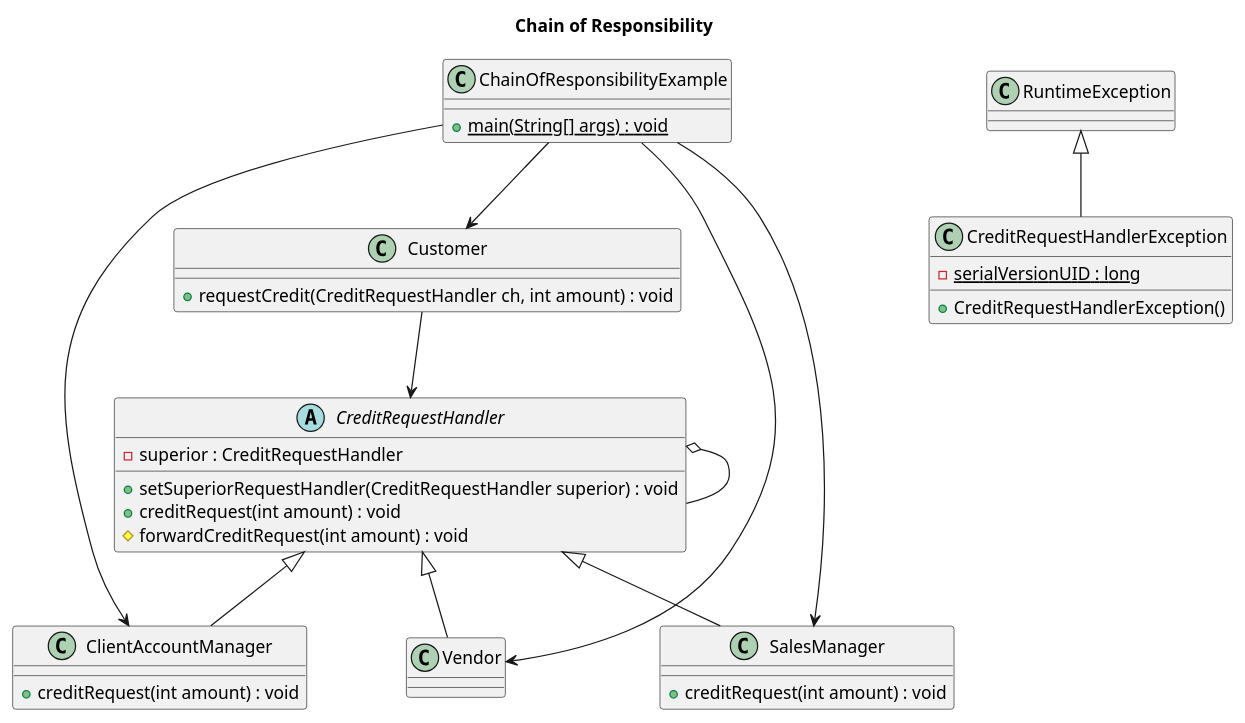
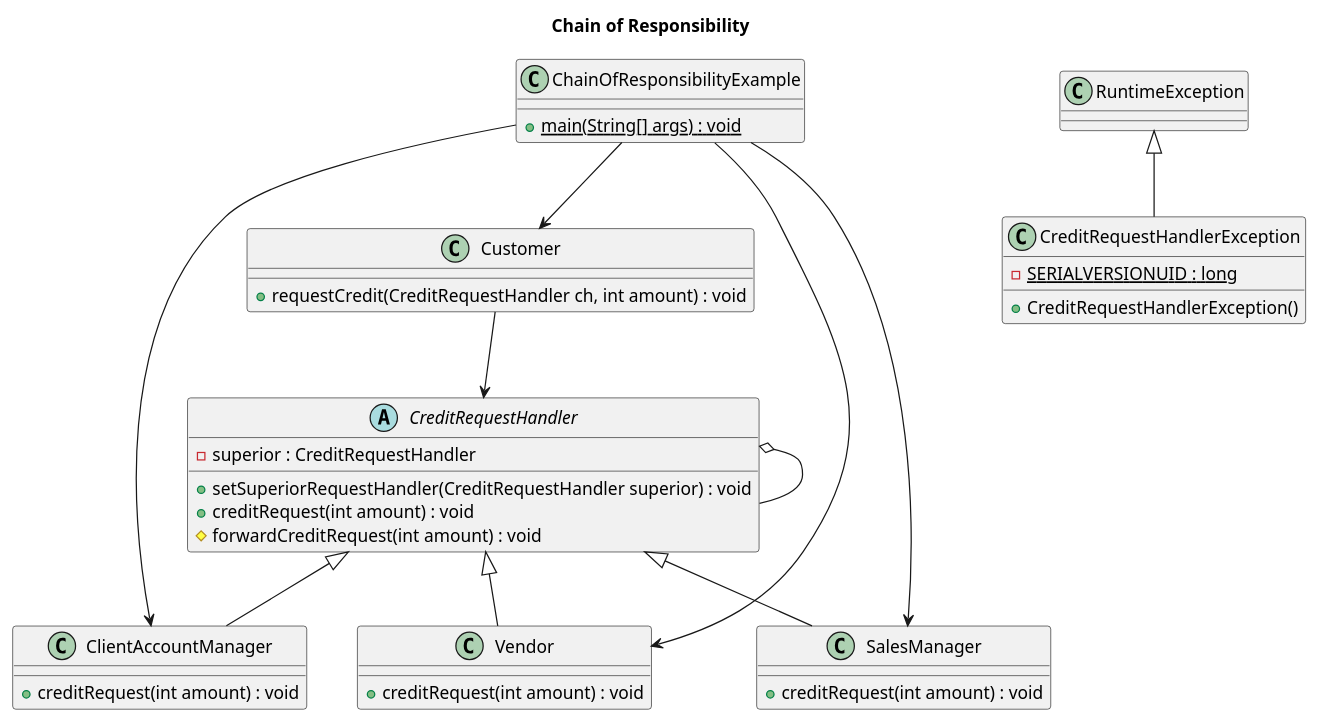
One commit to BeqaKhaburdzania/FreeUni-SDP-2013-Lab-UML changed the diagram in ChainOfResponsibility/uml/ChainOfResponsibility.puml. Above: the diagram before and after it, drawn with PlantUML. The commit also changed other lines of this file and 4 other files, not shown here.

```diff
--- a/ChainOfResponsibility/uml/ChainOfResponsibility.puml
+++ b/ChainOfResponsibility/uml/ChainOfResponsibility.puml
@@ -3,47 +3,48 @@
 @startuml
 	title  Chain of Responsibility
 	abstract class CreditRequestHandler {
 		-superior : CreditRequestHandler
 		+setSuperiorRequestHandler(CreditRequestHandler superior) : void
 		+creditRequest(int amount) : void
 		#forwardCreditRequest(int amount) : void
 	}
 	
 	class ClientAccountManager {
 		+creditRequest(int amount) : void
 	}
 	
 	class Vendor {
+		+creditRequest(int amount) : void
 	}
 	
 	class SalesManager {
 		+creditRequest(int amount) : void
 	}
 	
 	class Customer {
 		+requestCredit(CreditRequestHandler ch, int amount) : void
 	}
 	
 	class CreditRequestHandlerException {
-		-{static} serialVersionUID : long
+		-{static} SERIALVERSIONUID : long
 		+CreditRequestHandlerException()
 	}
 	class RuntimeException {
 	}
 	
 	class ChainOfResponsibilityExample {
 		+{static} main(String[] args) : void
 	}
 	
 	RuntimeException <|-- CreditRequestHandlerException
 	CreditRequestHandler <|-- SalesManager
 	CreditRequestHandler <|-- Vendor
 	CreditRequestHandler <|-- ClientAccountManager
 	CreditRequestHandler o-- CreditRequestHandler
 	
 	Customer -down-> CreditRequestHandler
 	ChainOfResponsibilityExample -down-> ClientAccountManager
 	ChainOfResponsibilityExample -down-> Customer
 	ChainOfResponsibilityExample -down-> Vendor
 	ChainOfResponsibilityExample -down-> SalesManager
 @enduml
```
